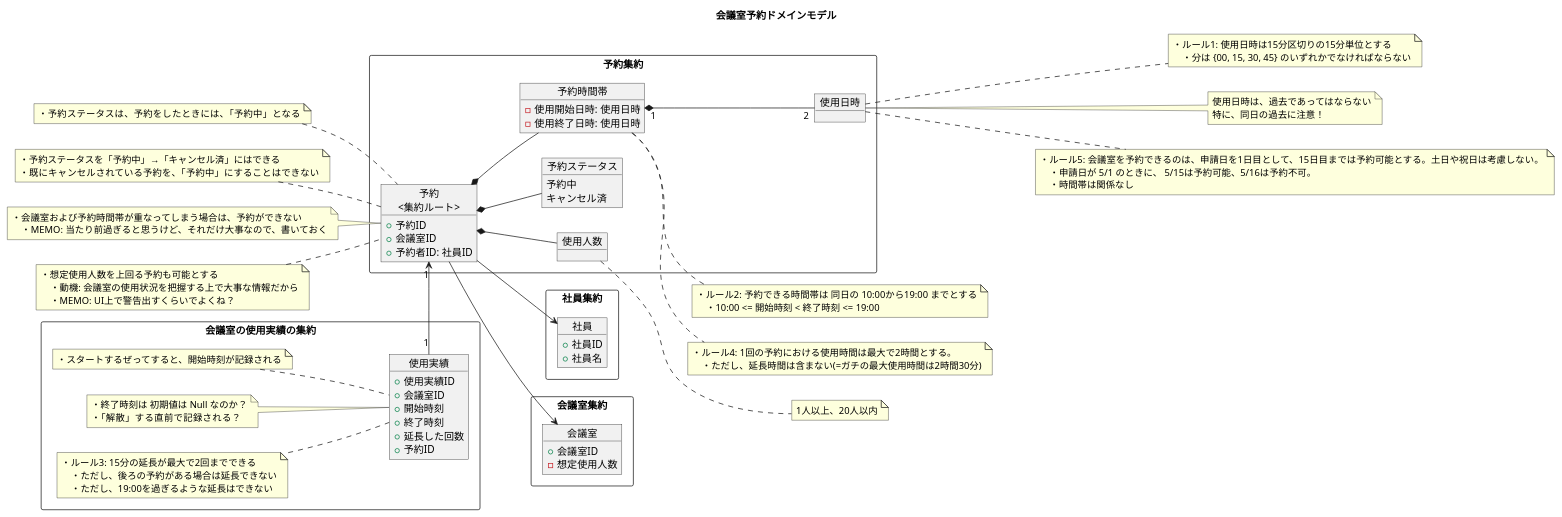
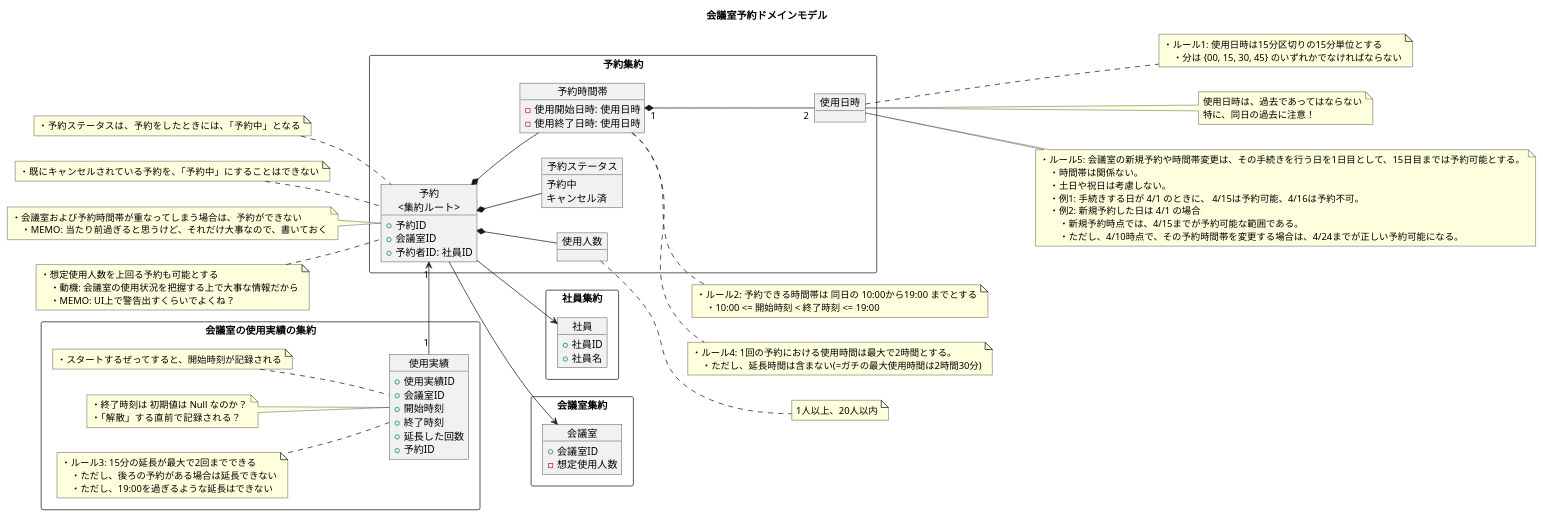
Before and after one commit to ModelingKai/meeting-room-python: the diagram in diagram/ドメインモデル.puml, drawn with PlantUML. The commit also changed 2 other files, not shown here.

```diff
--- a/diagram/ドメインモデル.puml
+++ b/diagram/ドメインモデル.puml
@@ -1,144 +1,147 @@
 @startuml
 
 title 会議室予約ドメインモデル
 
 left to right direction
 
 rectangle 社員集約 {
     object 社員 {
         + 社員ID
         + 社員名
     }
 }
 
 rectangle 予約集約 {
     object "予約\n<集約ルート>" as c1 {
         + 予約ID
         + 会議室ID
         + 予約者ID: 社員ID
     }
 
     object 予約ステータス {
         予約中
         キャンセル済
     }
 
     object 使用人数 {
     }
 
     object 予約時間帯 {
         - 使用開始日時: 使用日時
         - 使用終了日時: 使用日時
     }
 
 
     object 使用日時 {
     }
 }
 
 
 rectangle 会議室の使用実績の集約 {
     object "使用実績"  as c2{
         + 使用実績ID
         + 会議室ID
         + 開始時刻
         + 終了時刻
         + 延長した回数
 
         + 予約ID
     }
 
     note left of c2
     ・スタートするぜってすると、開始時刻が記録される
     end note
 
     note left of c2
     ・終了時刻は 初期値は Null なのか？
     ・「解散」する直前で記録される？
     end note
 
     note left of c2
     ・ルール3: 15分の延長が最大で2回までできる
         ・ただし、後ろの予約がある場合は延長できない
         ・ただし、19:00を過ぎるような延長はできない
     end note
 
     c2 "1" -right-> "1" c1
 
 }
 
 rectangle 会議室集約 {
     object 会議室 {
         + 会議室ID
         - 想定使用人数
     }
 }
 
 
 c1 --> 会議室
 c1 --> 社員
 c1 *-- 使用人数
 c1 *-- 予約時間帯
 c1 *-- 予約ステータス
 予約時間帯 "1" *-- "2" 使用日時
 
 
 ' ===== 予約 =====
 note left of c1
 ・予約ステータスは、予約をしたときには、「予約中」となる
 end note
 
 note left of c1
-・予約ステータスを「予約中」→「キャンセル済」にはできる
 ・既にキャンセルされている予約を、「予約中」にすることはできない
 end note
 
 
 note left of c1
 ・会議室および予約時間帯が重なってしまう場合は、予約ができない
     ・MEMO: 当たり前過ぎると思うけど、それだけ大事なので、書いておく
 end note
 
 note left of c1
 ・想定使用人数を上回る予約も可能とする
     ・動機: 会議室の使用状況を把握する上で大事な情報だから
     ・MEMO: UI上で警告出すくらいでよくね？
 end note
 
 
 
 ' ===== 予約時間帯 =====
 note right of 予約時間帯
 ・ルール2: 予約できる時間帯は 同日の 10:00から19:00 までとする
     ・10:00 <= 開始時刻 < 終了時刻 <= 19:00
 end note
 
 
 note right of 予約時間帯
 ・ルール4: 1回の予約における使用時間は最大で2時間とする。
     ・ただし、延長時間は含まない(=ガチの最大使用時間は2時間30分)
 end note
 
 
 ' ===== 使用日時 =====
 note right of 使用日時
 ・ルール1: 使用日時は15分区切りの15分単位とする
     ・分は {00, 15, 30, 45} のいずれかでなければならない
 end note
 
 note right of 使用日時
 使用日時は、過去であってはならない
 特に、同日の過去に注意！
 end note
 
 note right of 使用日時
-・ルール5: 会議室を予約できるのは、申請日を1日目として、15日目までは予約可能とする。土日や祝日は考慮しない。
-    ・申請日が 5/1 のときに、 5/15は予約可能、5/16は予約不可。
-    ・時間帯は関係なし
+・ルール5: 会議室の新規予約や時間帯変更は、その手続きを行う日を1日目として、15日目までは予約可能とする。
+    ・時間帯は関係ない。
+    ・土日や祝日は考慮しない。
+    ・例1: 手続きする日が 4/1 のときに、 4/15は予約可能、4/16は予約不可。
+    ・例2: 新規予約した日は 4/1 の場合
+        ・新規予約時点では、4/15までが予約可能な範囲である。
+        ・ただし、4/10時点で、その予約時間帯を変更する場合は、4/24までが正しい予約可能になる。
 end note
 
 note right of 使用人数
 1人以上、20人以内
 end note
 
 @enduml
```
